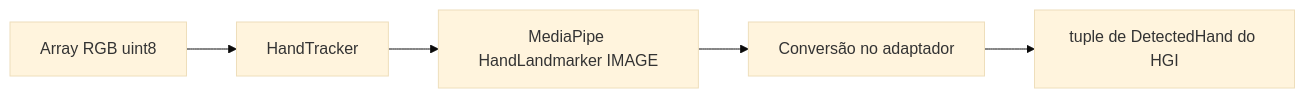
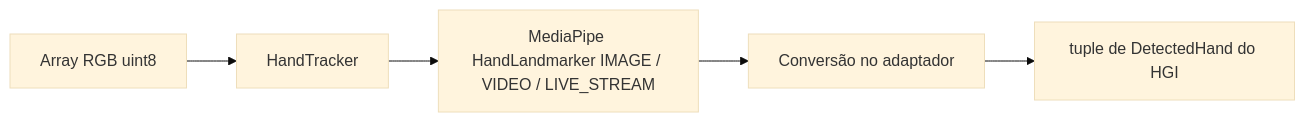
The first of 5 diagrams in docs/ARCHITECTURE.md (FernandoBuligon/hgi), drawn with Mermaid (base theme) before and after one commit. The commit also changed other lines of this file and 7 other files, not shown here.

````diff
--- a/docs/ARCHITECTURE.md
+++ b/docs/ARCHITECTURE.md
@@ -92,7 +92,7 @@
 ```mermaid
 flowchart LR
     A[Array RGB uint8] --> B[HandTracker]
-    B --> C[MediaPipe HandLandmarker IMAGE]
+    B --> C[MediaPipe HandLandmarker IMAGE / VIDEO / LIVE_STREAM]
     C --> D[Conversão no adaptador]
     D --> E[tuple de DetectedHand do HGI]
 ```
````
